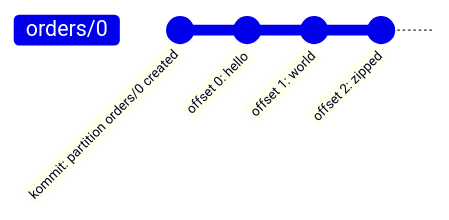
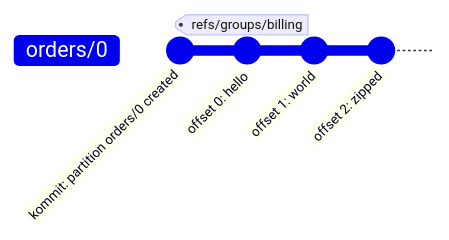
The first of 2 diagrams in README.md (santimillang/kommit), drawn with Mermaid before and after one commit. The commit also changed other lines of this file and 1 other file, not shown here.

````diff
--- a/README.md
+++ b/README.md
@@ -31,8 +30,8 @@
 ```mermaid
 %%{init: { 'gitGraph': { 'mainBranchName': 'orders/0' } } }%%
 gitGraph
   commit id: "kommit: partition orders/0 created"
-  commit id: "offset 0: hello"
+  commit id: "offset 0: hello" tag: "refs/groups/billing"
   commit id: "offset 1: world"
   commit id: "offset 2: zipped"
 ```
````
